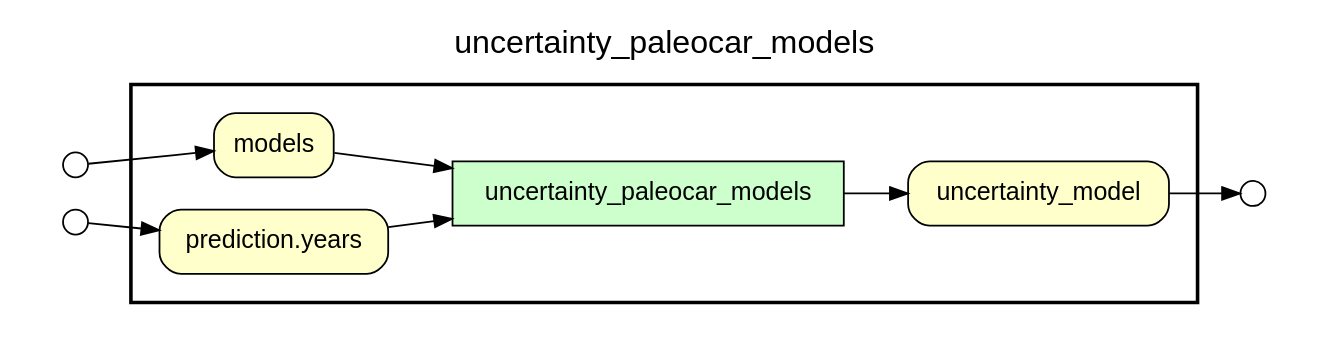
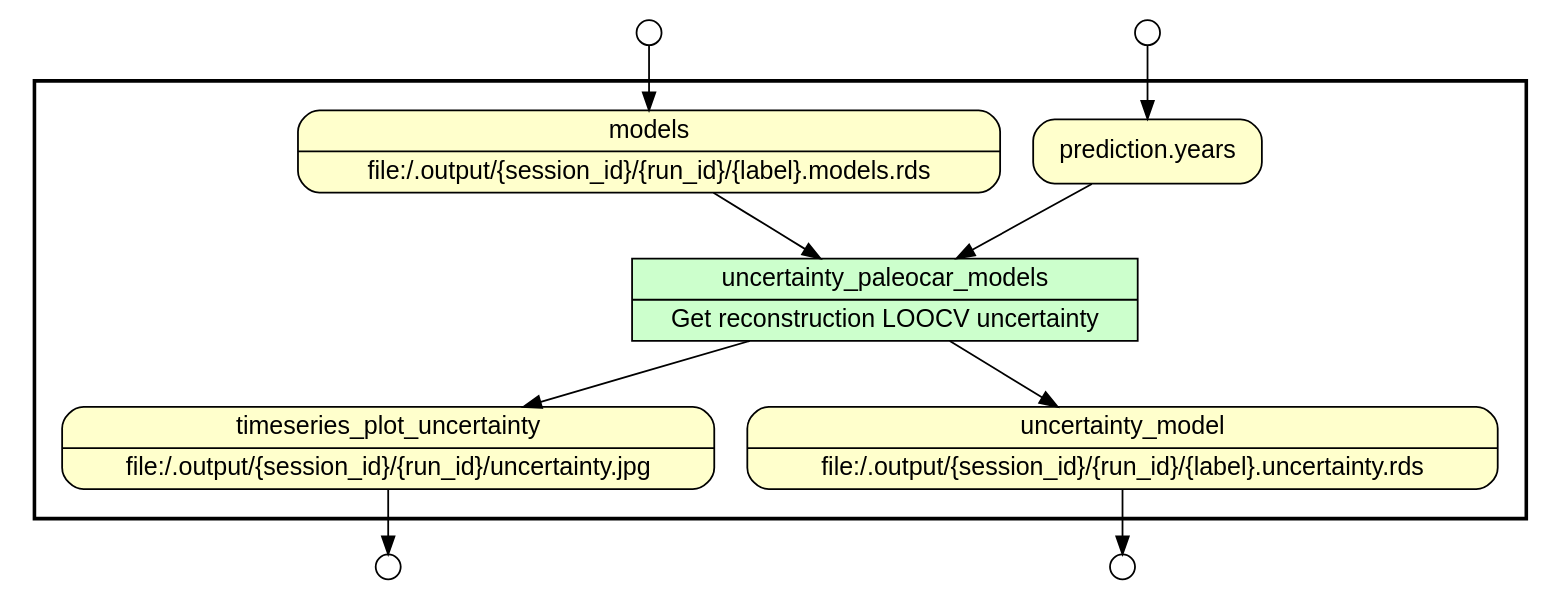
The diagram in .prov_scripts/gv_files/uncertainty_paleocar_models.gv (idaks/wt-prov-Summer-2017), drawn with Graphviz before and after one commit. The commit also changed 249 other files, not shown here.

Commit message:
Updated Provenance Graphs

```diff
--- a/.prov_scripts/gv_files/uncertainty_paleocar_models.gv
+++ b/.prov_scripts/gv_files/uncertainty_paleocar_models.gv
@@ -1,32 +1,30 @@
 digraph Workflow {
-rankdir=LR
+rankdir=TB
 fontname=Helvetica; fontsize=18; labelloc=t
-label=uncertainty_paleocar_models
+label=""
 subgraph cluster_workflow_box_outer { label=""; color=black; penwidth=2
 subgraph cluster_workflow_box_inner { label=""; penwidth=0
 node[shape=box style=filled fillcolor="#CCFFCC" peripheries=1 fontname=Helvetica]
-uncertainty_paleocar_models
+uncertainty_paleocar_models [shape=record rankdir=LR label="{<f0> uncertainty_paleocar_models |<f1> Get reconstruction LOOCV uncertainty}"];
 node[shape=box style="rounded,filled" fillcolor="#FFFFCC" peripheries=1 fontname=Helvetica]
-uncertainty_model
-models
+timeseries_plot_uncertainty [shape=record rankdir=LR label="{<f0> timeseries_plot_uncertainty |<f1> file\:/.output/\{session_id\}/\{run_id\}/uncertainty.jpg}"];
+uncertainty_model [shape=record rankdir=LR label="{<f0> uncertainty_model |<f1> file\:/.output/\{session_id\}/\{run_id\}/\{label\}.uncertainty.rds}"];
+models [shape=record rankdir=LR label="{<f0> models |<f1> file\:/.output/\{session_id\}/\{run_id\}/\{label\}.models.rds}"];
 "prediction.years"
 node[shape=box style="rounded,filled" fillcolor="#FCFCFC" peripheries=1 fontname=Helvetica]
+uncertainty_paleocar_models -> timeseries_plot_uncertainty
 uncertainty_paleocar_models -> uncertainty_model
 models -> uncertainty_paleocar_models
 "prediction.years" -> uncertainty_paleocar_models
 }}
-subgraph cluster_input_ports_group_outer { label=""; penwidth=0
-subgraph cluster_input_ports_group_inner { label=""; penwidth=0
 node[shape=circle style="rounded,filled" fillcolor="#FFFFFF" peripheries=1 fontname=Helvetica width=0.2]
 models_input_port [label=""]
 "prediction.years_input_port" [label=""]
-}}
-subgraph cluster_output_ports_group_outer { label=""; penwidth=0
-subgraph cluster_output_ports_group_inner { label=""; penwidth=0
 node[shape=circle style="rounded,filled" fillcolor="#FFFFFF" peripheries=1 fontname=Helvetica width=0.2]
+timeseries_plot_uncertainty_output_port [label=""]
 uncertainty_model_output_port [label=""]
-}}
 models_input_port -> models
 "prediction.years_input_port" -> "prediction.years"
+timeseries_plot_uncertainty -> timeseries_plot_uncertainty_output_port
 uncertainty_model -> uncertainty_model_output_port
 }
```
